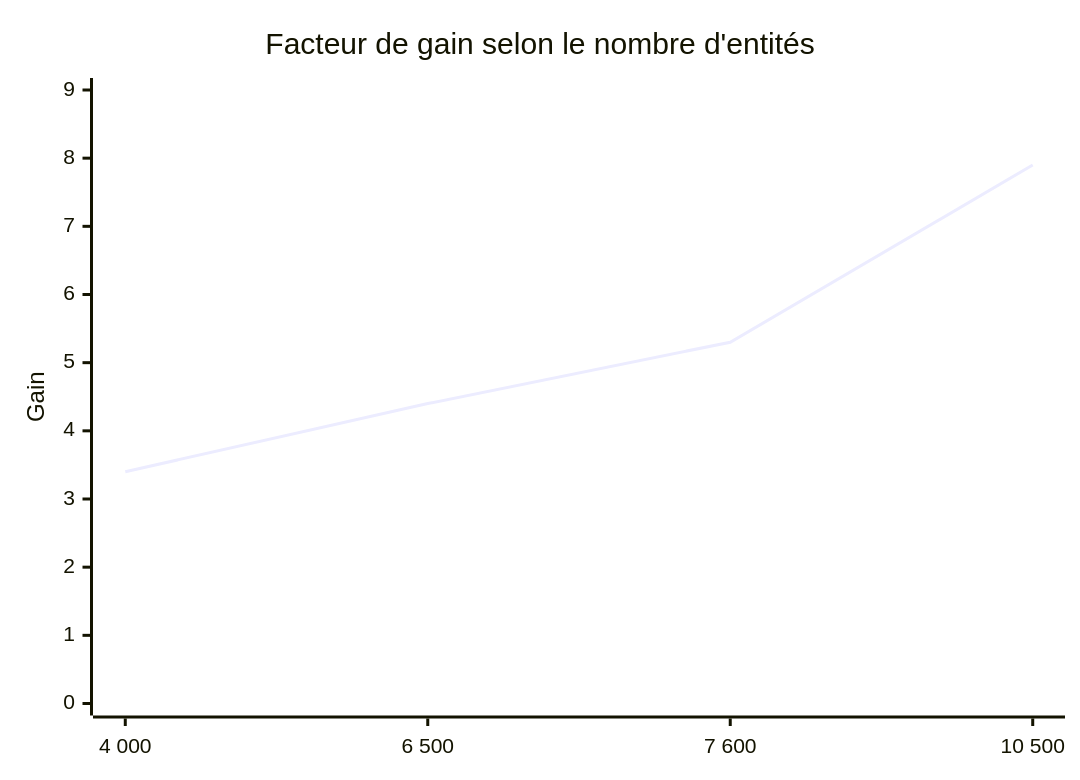
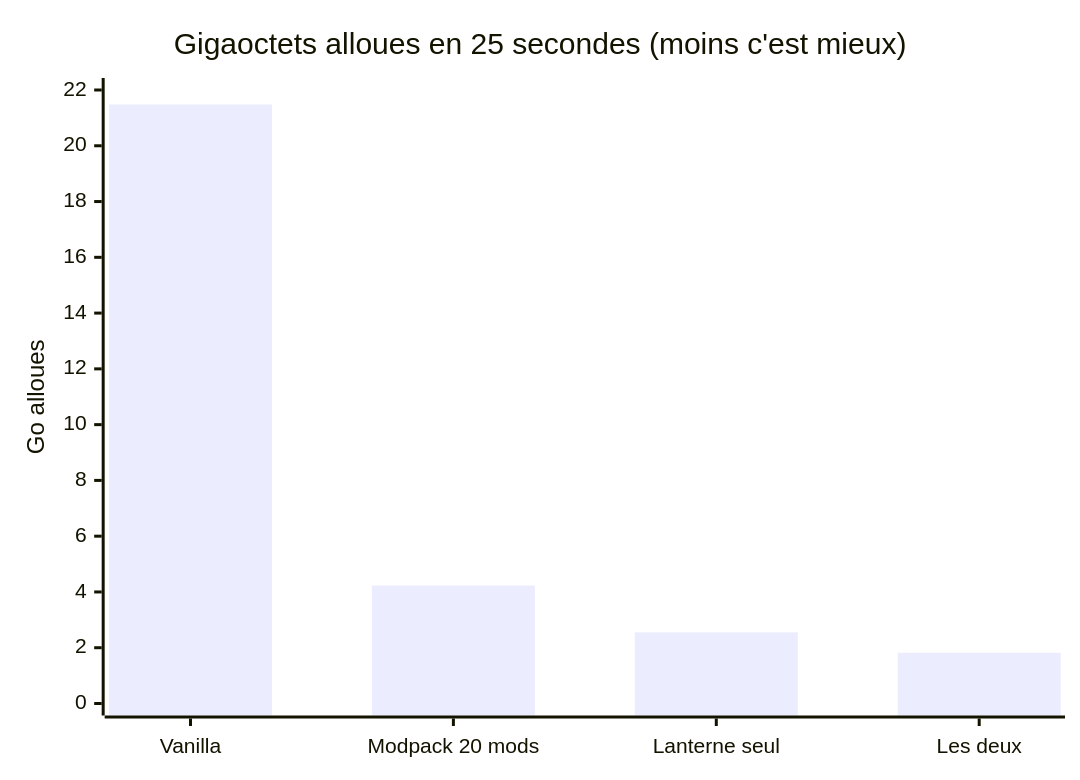
Before and after one commit to AstroQuestStudio/Lanterne: the third of 6 diagrams in README.md, drawn with Mermaid. The commit also changed other lines of this file and 1 other file, not shown here.

````diff
--- a/README.md
+++ b/README.md
@@ -176,7 +90,7 @@
 ```mermaid
 xychart-beta
-    title "Facteur de gain selon le nombre d'entités"
-    x-axis ["4 000", "6 500", "7 600", "10 500"]
-    y-axis "Gain" 0 --> 9
-    line [3.4, 4.4, 5.3, 7.9]
+    title "Gigaoctets alloues en 25 secondes (moins c'est mieux)"
+    x-axis ["Vanilla", "Modpack 20 mods", "Lanterne seul", "Les deux"]
+    y-axis "Go alloues" 0 --> 22
+    bar [21.48, 4.23, 2.55, 1.82]
 ```
````
